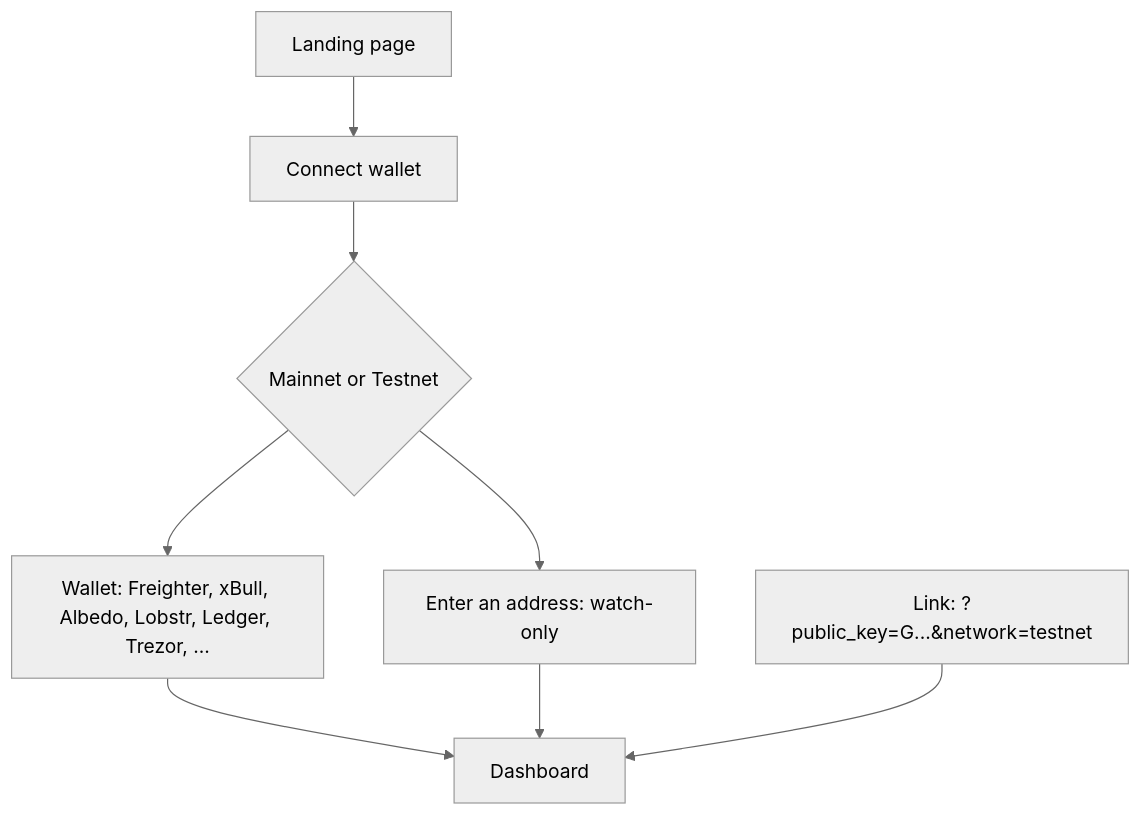
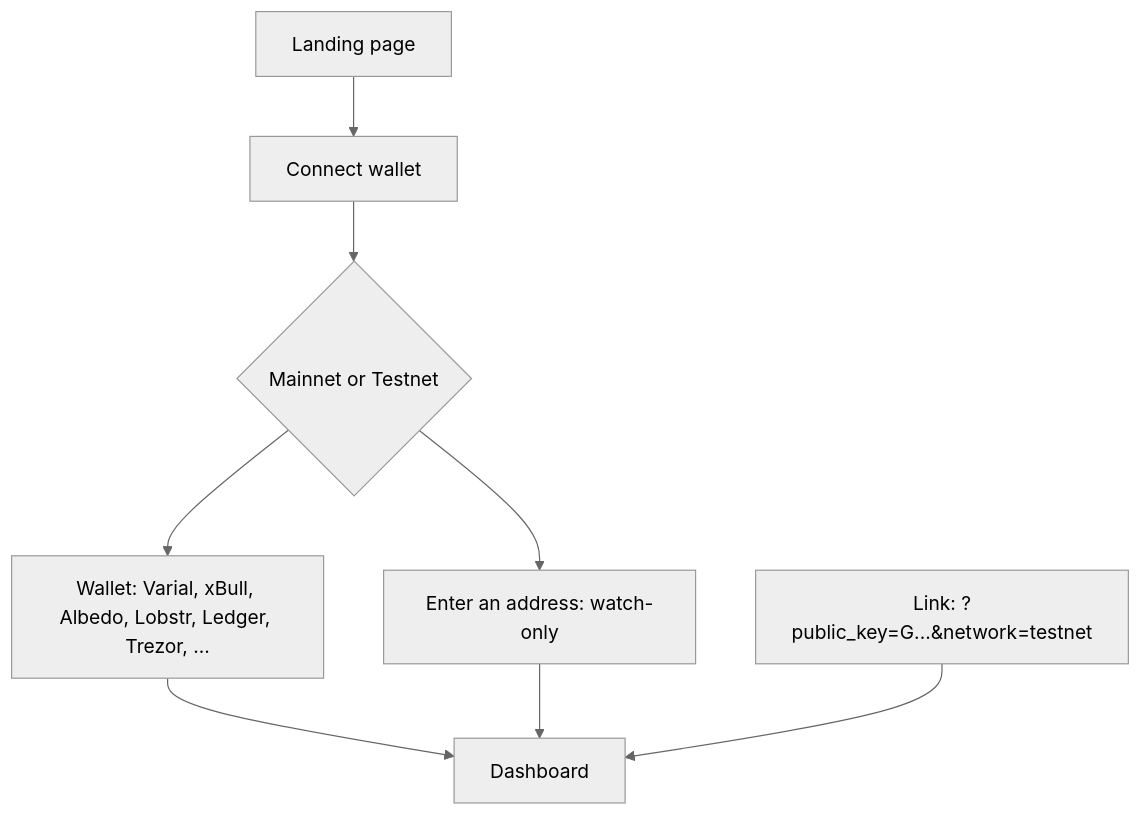
One commit to tupui/stellar-stratum changed the first of 3 diagrams in USER_FLOWS.md. Above: the diagram before and after it, drawn with Mermaid (neutral theme). The commit also changed 6 other files, not shown here.

Commit message:
Call Freighter by its new name, Varial, and route swaps through Sushi and Curve (#90)

````diff
--- a/USER_FLOWS.md
+++ b/USER_FLOWS.md
@@ -8,10 +8,10 @@
 ```mermaid
 flowchart TD
   Landing[Landing page] --> Connect[Connect wallet]
   Connect --> Network{Mainnet or Testnet}
-  Network --> Wallet[Wallet: Freighter, xBull, Albedo, Lobstr, Ledger, Trezor, ...]
+  Network --> Wallet[Wallet: Varial, xBull, Albedo, Lobstr, Ledger, Trezor, ...]
   Network --> Manual[Enter an address: watch-only]
   Wallet --> Dashboard
   Manual --> Dashboard
   Link["Link: ?public_key=G...&network=testnet"] --> Dashboard
 ```
````
